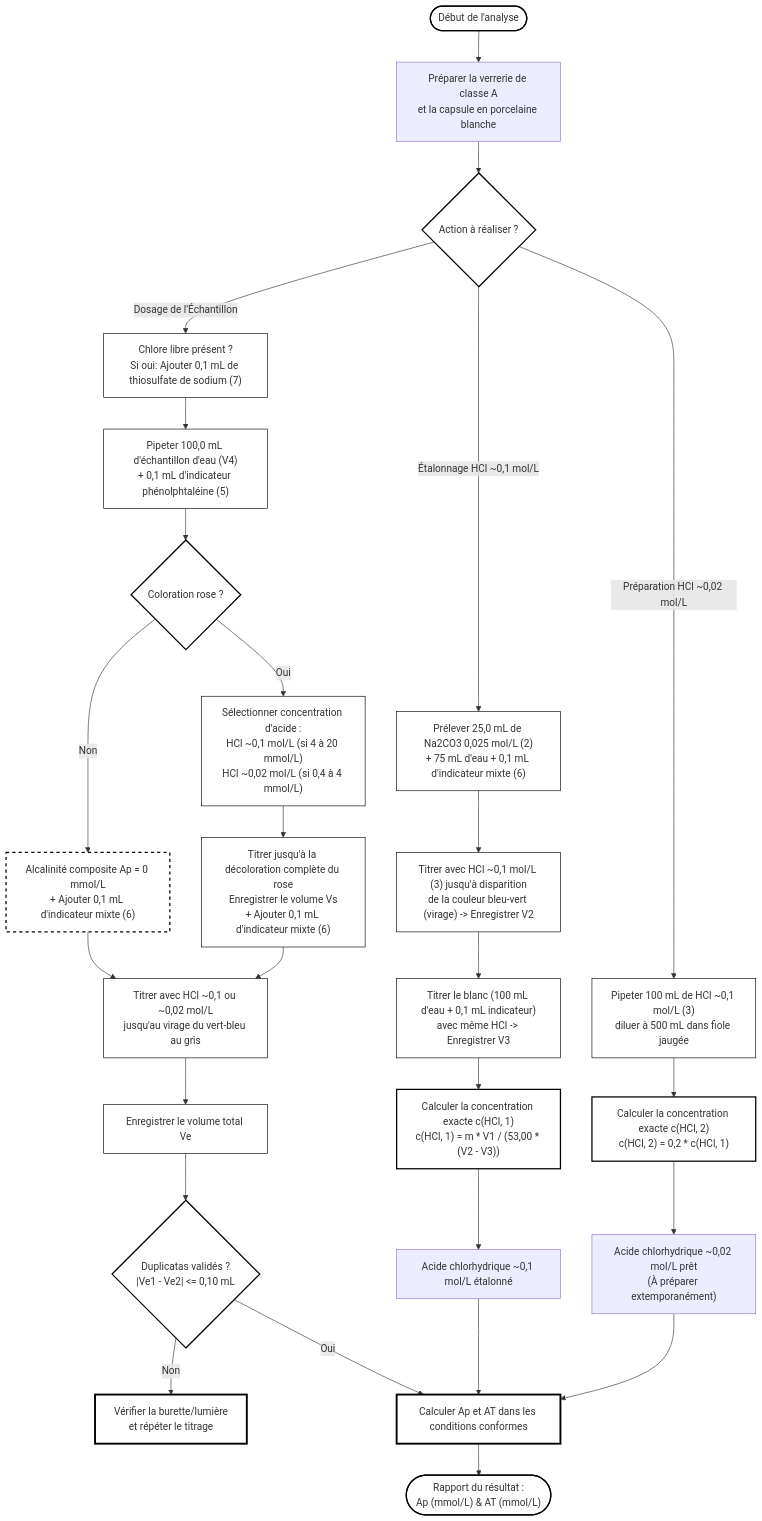
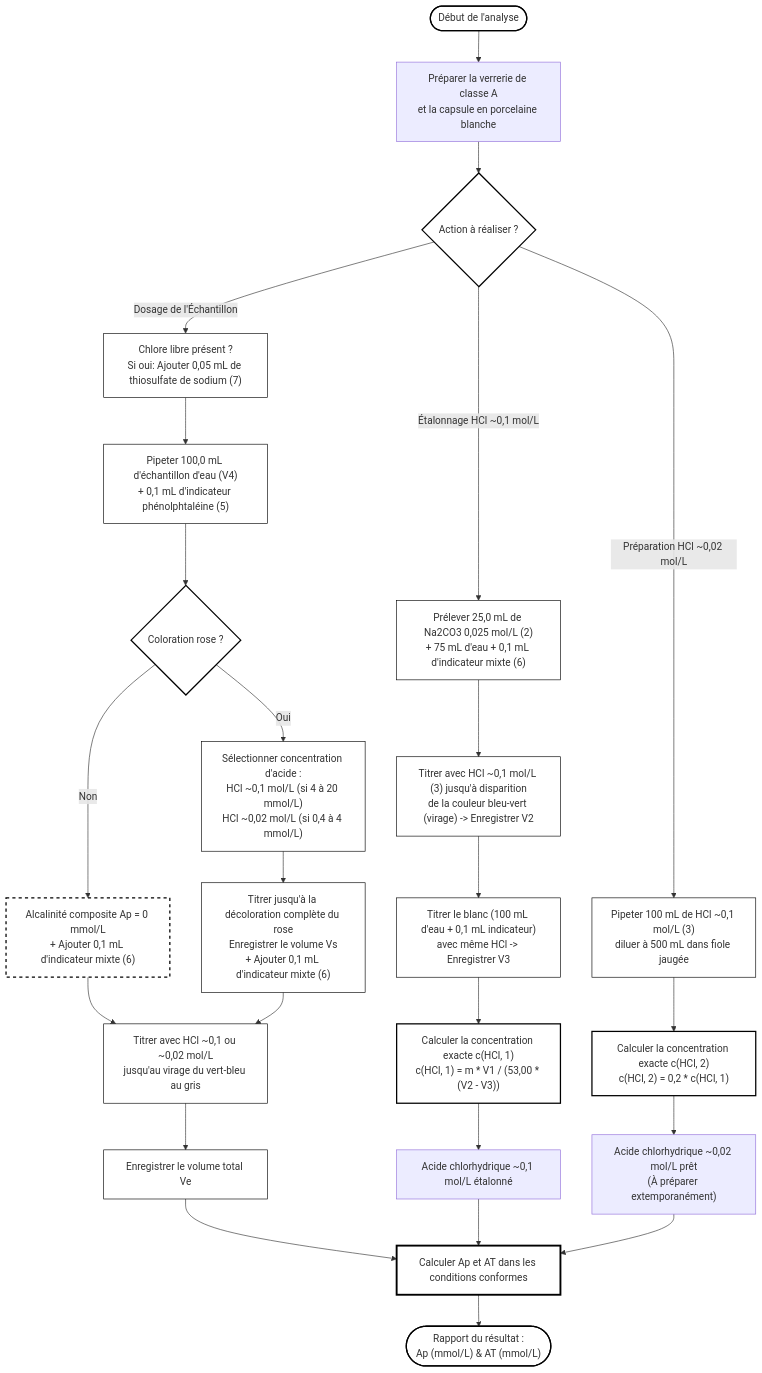
The diagram in 03_Determination_de_Lalcalinite/protocole/flowchart_alcalinite_totale_composite_visuelle.md (Abdssamie/Internship-PFA), drawn with Mermaid before and after one commit. The commit also changed 10 other files, not shown here.

````diff
--- a/03_Determination_de_Lalcalinite/protocole/flowchart_alcalinite_totale_composite_visuelle.md
+++ b/03_Determination_de_Lalcalinite/protocole/flowchart_alcalinite_totale_composite_visuelle.md
@@ -5,68 +5,64 @@
 ```mermaid
 graph TD
     %% Début de l'analyse
     Start(["Début de l'analyse"]) --> Prep["Préparer la verrerie de classe A<br>et la capsule en porcelaine blanche"]
     Prep --> Dispatch{"Action à réaliser ?"}
 
     %% --- ETAPE 1 : ETALONNAGE ACIDE (HEBDOMADAIRE) ---
     Dispatch -->|"Étalonnage HCl ~0,1 mol/L"| E1["Prélever 25,0 mL de Na2CO3 0,025 mol/L (2)<br>+ 75 mL d'eau + 0,1 mL d'indicateur mixte (6)"]
     E1 --> E2["Titrer avec HCl ~0,1 mol/L (3) jusqu'à disparition<br>de la couleur bleu-vert (virage) -> Enregistrer V2"]
     E2 --> E3["Titrer le blanc (100 mL d'eau + 0,1 mL indicateur)<br>avec même HCl -> Enregistrer V3"]
     E3 --> E4["Calculer la concentration exacte c(HCl, 1)<br>c(HCl, 1) = m * V1 / (53,00 * (V2 - V3))"]
     E4 --> E_End["Acide chlorhydrique ~0,1 mol/L étalonné"]
 
     %% --- ETAPE 2 : PREPARATION ACIDE FAIBLE ---
     Dispatch -->|"Préparation HCl ~0,02 mol/L"| P1["Pipeter 100 mL de HCl ~0,1 mol/L (3)<br>diluer à 500 mL dans fiole jaugée"]
     P1 --> P2["Calculer la concentration exacte c(HCl, 2)<br>c(HCl, 2) = 0,2 * c(HCl, 1)"]
     P2 --> P_End["Acide chlorhydrique ~0,02 mol/L prêt<br>(À préparer extemporanément)"]
 
     %% --- ETAPE 3 : ANALYSE ÉCHANTILLON ---
-    Dispatch -->|"Dosage de l'Échantillon"| S0["Chlore libre présent ?<br>Si oui: Ajouter 0,1 mL de thiosulfate de sodium (7)"]
+    Dispatch -->|"Dosage de l'Échantillon"| S0["Chlore libre présent ?<br>Si oui: Ajouter 0,05 mL de thiosulfate de sodium (7)"]
     S0 --> S1["Pipeter 100,0 mL d'échantillon d'eau (V4)<br>+ 0,1 mL d'indicateur phénolphtaléine (5)"]
     S1 --> S2{"Coloration rose ?"}
 
     %% Branche pHi < 8,3 (Pas d'alcalinité composite)
     S2 -->|Non| S_Ap_Zero["Alcalinité composite Ap = 0 mmol/L<br>+ Ajouter 0,1 mL d'indicateur mixte (6)"]
     S_Ap_Zero --> S_Tit_AT["Titrer avec HCl ~0,1 ou ~0,02 mol/L<br>jusqu'au virage du vert-bleu au gris"]
 
     %% Branche pHi >= 8,3 (Alcalinité composite présente)
     S2 -->|Oui| S_Select["Sélectionner concentration d'acide :<br>HCl ~0,1 mol/L (si 4 à 20 mmol/L)<br>HCl ~0,02 mol/L (si 0,4 à 4 mmol/L)"]
     S_Select --> S_Tit_Ap["Titrer jusqu'à la décoloration complète du rose<br>Enregistrer le volume Vs<br>+ Ajouter 0,1 mL d'indicateur mixte (6)"]
     S_Tit_Ap --> S_Tit_AT
 
     %% Enregistrement et Validation
     S_Tit_AT --> S_Rec_Ve["Enregistrer le volume total Ve"]
-    S_Rec_Ve --> QC{"Duplicatas validés ?<br>|Ve1 - Ve2| <= 0,10 mL"}
-    QC -->|Non| QC_Fail["Vérifier la burette/lumière<br>et répéter le titrage"]
-    QC -->|Oui| Calc["Calculer Ap et AT dans les conditions conformes"]
+    S_Rec_Ve --> Calc["Calculer Ap et AT dans les conditions conformes"]
 
     %% Consolidation finale
     E_End --> Calc
     P_End --> Calc
     Calc --> Final(["Rapport du résultat :<br>Ap (mmol/L) & AT (mmol/L)"])
 
     %% Styles pour design monochrome
     style Start fill:#fff,stroke:#000,stroke-width:2px;
     style Final fill:#fff,stroke:#000,stroke-width:2px;
     style Dispatch fill:#fff,stroke:#000,stroke-width:2px;
     style S2 fill:#fff,stroke:#000,stroke-width:2px;
-    style QC fill:#fff,stroke:#000,stroke-width:2px;
-    style QC_Fail fill:#fff,stroke:#000,stroke-width:3px;
     
     style E1 fill:#fff,stroke:#000,stroke-width:1px;
     style E2 fill:#fff,stroke:#000,stroke-width:1px;
     style E3 fill:#fff,stroke:#000,stroke-width:1px;
     style E4 fill:#fff,stroke:#000,stroke-width:2px;
     
     style P1 fill:#fff,stroke:#000,stroke-width:1px;
     style P2 fill:#fff,stroke:#000,stroke-width:2px;
     
     style S0 fill:#fff,stroke:#000,stroke-width:1px;
     style S1 fill:#fff,stroke:#000,stroke-width:1px;
     style S_Ap_Zero fill:#fff,stroke:#000,stroke-width:2px,stroke-dasharray: 5 5;
     style S_Select fill:#fff,stroke:#000,stroke-width:1px;
     style S_Tit_Ap fill:#fff,stroke:#000,stroke-width:1px;
     style S_Tit_AT fill:#fff,stroke:#000,stroke-width:1px;
     style S_Rec_Ve fill:#fff,stroke:#000,stroke-width:1px;
     style Calc fill:#fff,stroke:#000,stroke-width:3px;
 ```
````
